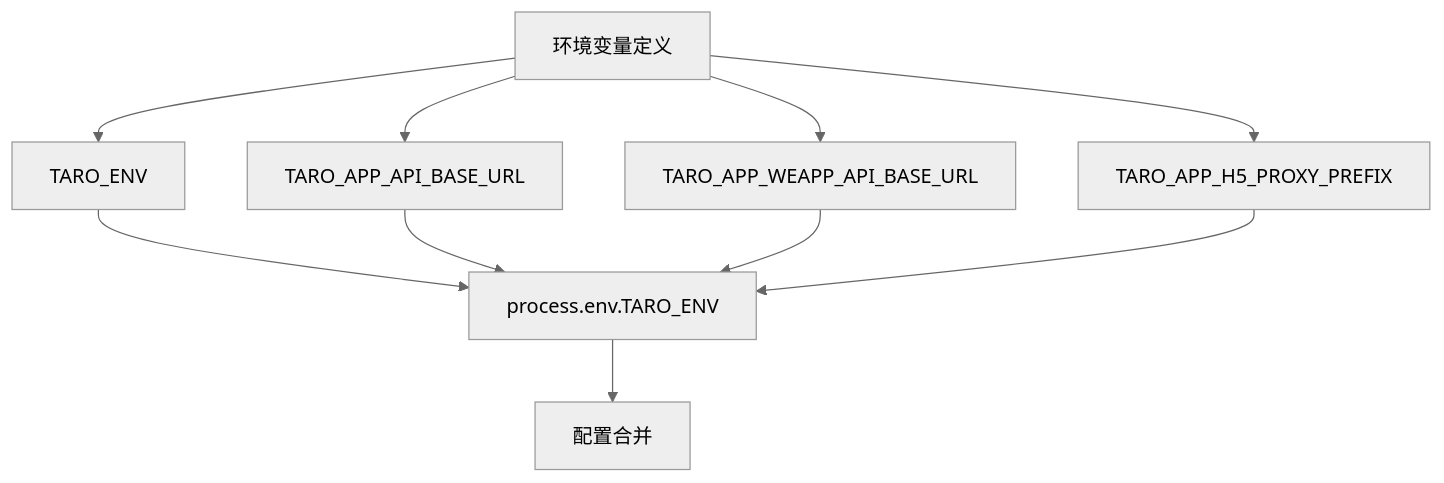
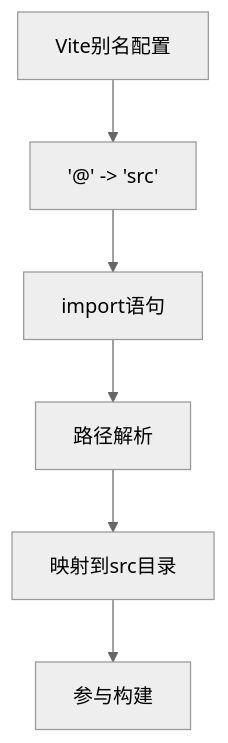
One commit to zuolinbao/redbook changed the sixth of 11 diagrams in .qoder/repowiki/zh/content/架构设计/构建配置系统.md. Above: the diagram before and after it, drawn with Mermaid (neutral theme). The commit also changed other lines of this file and 23 other files, not shown here.

````diff
--- a/.qoder/repowiki/zh/content/架构设计/构建配置系统.md
+++ b/.qoder/repowiki/zh/content/架构设计/构建配置系统.md
@@ -175,12 +210,8 @@
 ```mermaid
 flowchart TD
-EnvVars["环境变量定义"] --> TARO_ENV["TARO_ENV"]
-EnvVars --> API_BASE_URL["TARO_APP_API_BASE_URL"]
-EnvVars --> WEAPP_API_BASE_URL["TARO_APP_WEAPP_API_BASE_URL"]
-EnvVars --> H5_PROXY_PREFIX["TARO_APP_H5_PROXY_PREFIX"]
-TARO_ENV --> Process["process.env.TARO_ENV"]
-API_BASE_URL --> Process
-WEAPP_API_BASE_URL --> Process
-H5_PROXY_PREFIX --> Process
-Process --> Config["配置合并"]
+Alias["Vite别名配置"] --> At["'@' -> 'src'"]
+At --> Import["import语句"]
+Import --> Resolve["路径解析"]
+Resolve --> Src["映射到src目录"]
+Src --> Build["参与构建"]
 ```
````
